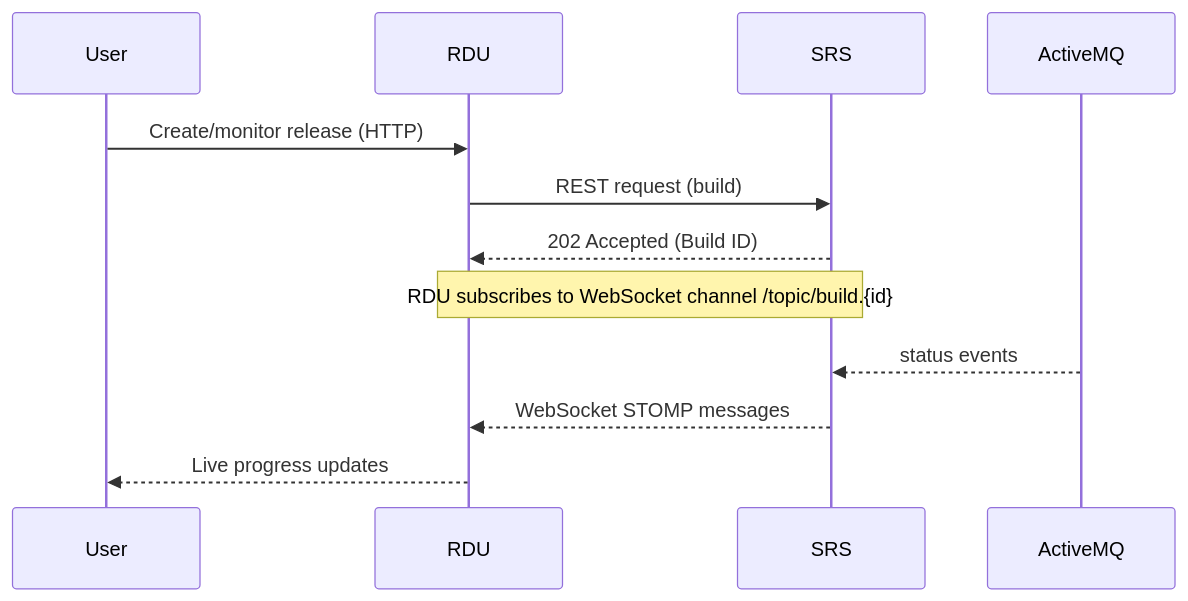
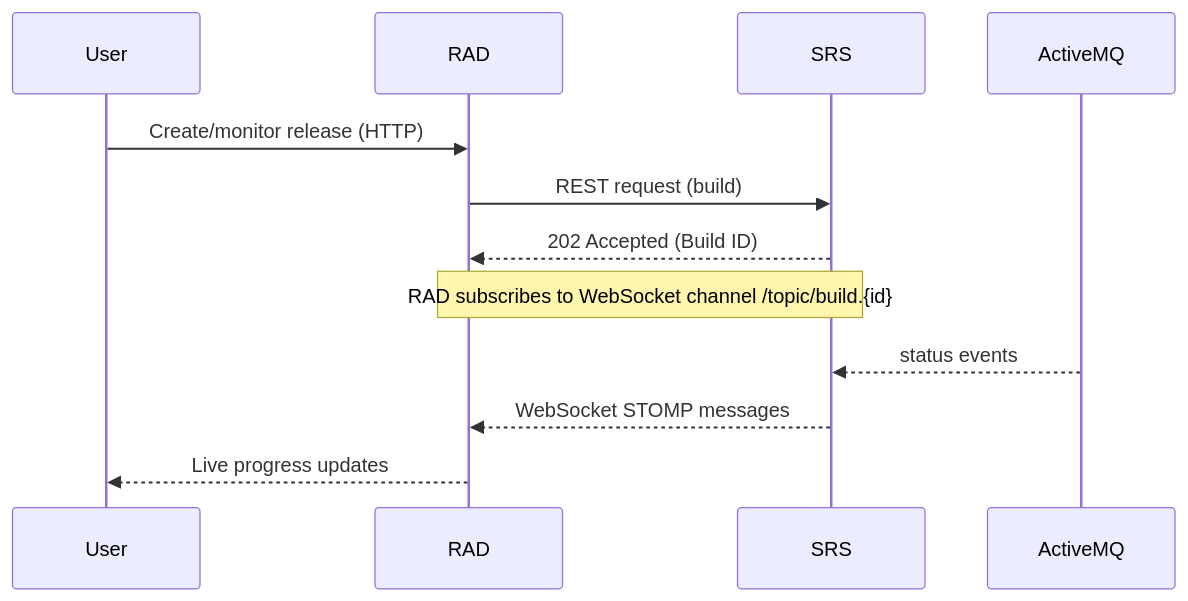
The second of 2 diagrams in README.md (IHTSDO/Release-Dashboard-UI), drawn with Mermaid before and after one commit. The commit also changed other lines of this file, not shown here.

````diff
--- a/README.md
+++ b/README.md
@@ -30,14 +30,14 @@
 ```mermaid
 sequenceDiagram
     participant User
-    participant RDU
+    participant RAD
     participant SRS
     participant ActiveMQ
-    User->>RDU: Create/monitor release (HTTP)
-    RDU->>SRS: REST request (build)
-    SRS-->>RDU: 202 Accepted (Build ID)
-    Note over RDU,SRS: RDU subscribes to WebSocket channel /topic/build.{id}
+    User->>RAD: Create/monitor release (HTTP)
+    RAD->>SRS: REST request (build)
+    SRS-->>RAD: 202 Accepted (Build ID)
+    Note over RAD,SRS: RAD subscribes to WebSocket channel /topic/build.{id}
     ActiveMQ-->>SRS: status events
-    SRS-->>RDU: WebSocket STOMP messages
-    RDU-->>User: Live progress updates
+    SRS-->>RAD: WebSocket STOMP messages
+    RAD-->>User: Live progress updates
 ```
````
